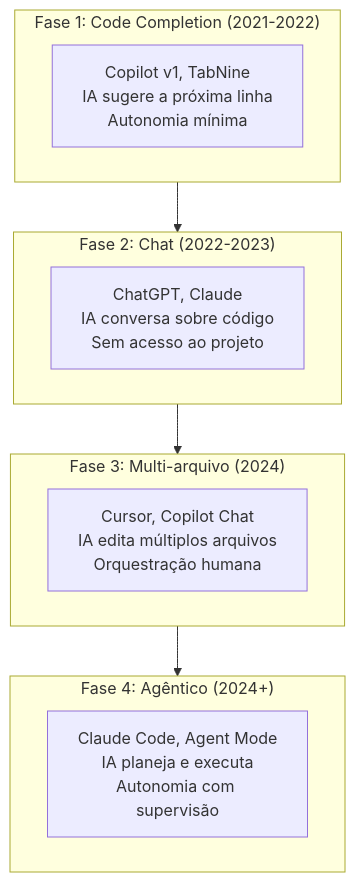
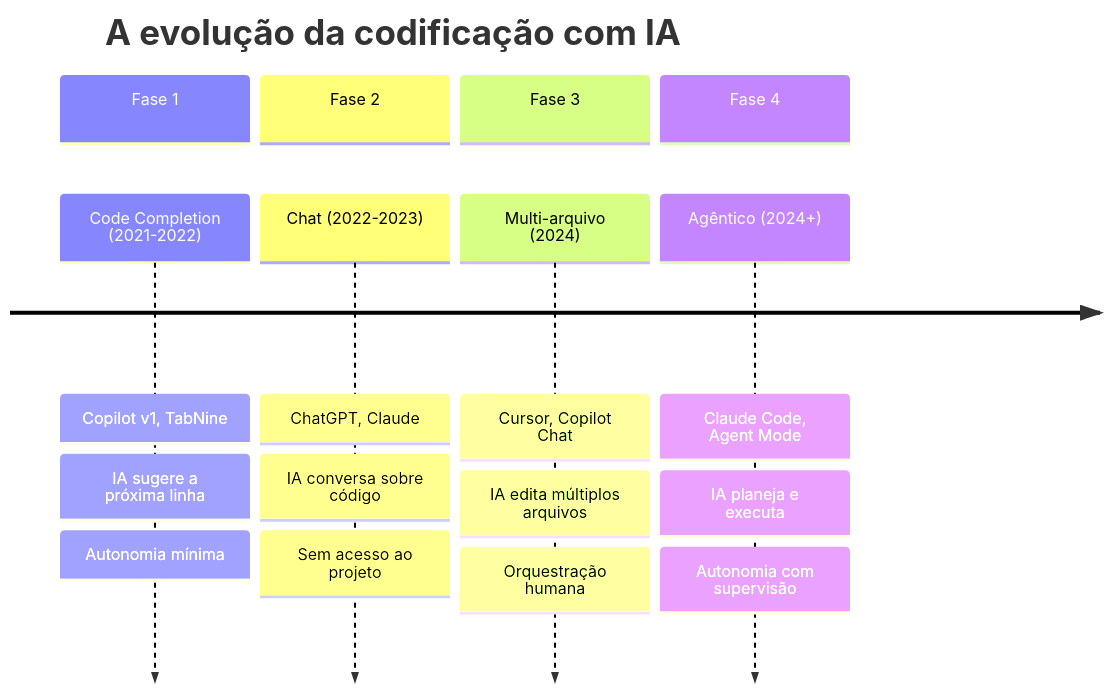
One commit to rsicarelli/claude-code-10x changed the second of 5 diagrams in posts/101/part1/pt-br.md. Above: the diagram before and after it, drawn with Mermaid. The commit also changed other lines of this file and 5 other files, not shown here.

Commit message:
fix: regenerate all diagrams with dark theme and fix line breaks

````diff
--- a/posts/101/part1/pt-br.md
+++ b/posts/101/part1/pt-br.md
@@ -99,16 +99,20 @@
 ```mermaid
-flowchart TD
-    subgraph F1["Fase 1: Code Completion (2021-2022)"]
-        A1["Copilot v1, TabNine\nIA sugere a próxima linha\nAutonomia mínima"]
-    end
-    subgraph F2["Fase 2: Chat (2022-2023)"]
-        A2["ChatGPT, Claude\nIA conversa sobre código\nSem acesso ao projeto"]
-    end
-    subgraph F3["Fase 3: Multi-arquivo (2024)"]
-        A3["Cursor, Copilot Chat\nIA edita múltiplos arquivos\nOrquestração humana"]
-    end
-    subgraph F4["Fase 4: Agêntico (2024+)"]
-        A4["Claude Code, Agent Mode\nIA planeja e executa\nAutonomia com supervisão"]
-    end
-    F1 --> F2 --> F3 --> F4
+timeline
+    title A evolução da codificação com IA
+    section Fase 1
+        Code Completion (2021-2022) : Copilot v1, TabNine
+                                    : IA sugere a próxima linha
+                                    : Autonomia mínima
+    section Fase 2
+        Chat (2022-2023) : ChatGPT, Claude
+                         : IA conversa sobre código
+                         : Sem acesso ao projeto
+    section Fase 3
+        Multi-arquivo (2024) : Cursor, Copilot Chat
+                             : IA edita múltiplos arquivos
+                             : Orquestração humana
+    section Fase 4
+        Agêntico (2024+) : Claude Code, Agent Mode
+                         : IA planeja e executa
+                         : Autonomia com supervisão
 ```
````
